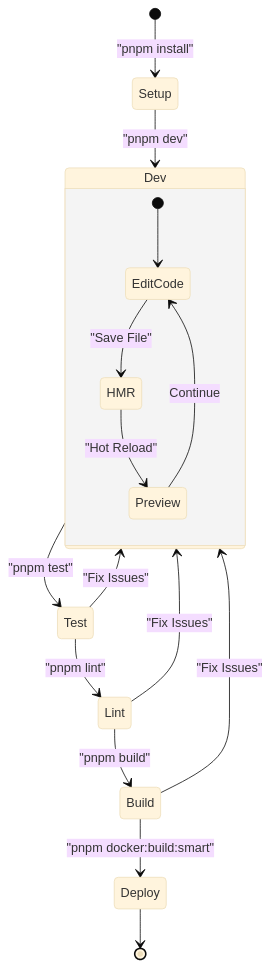
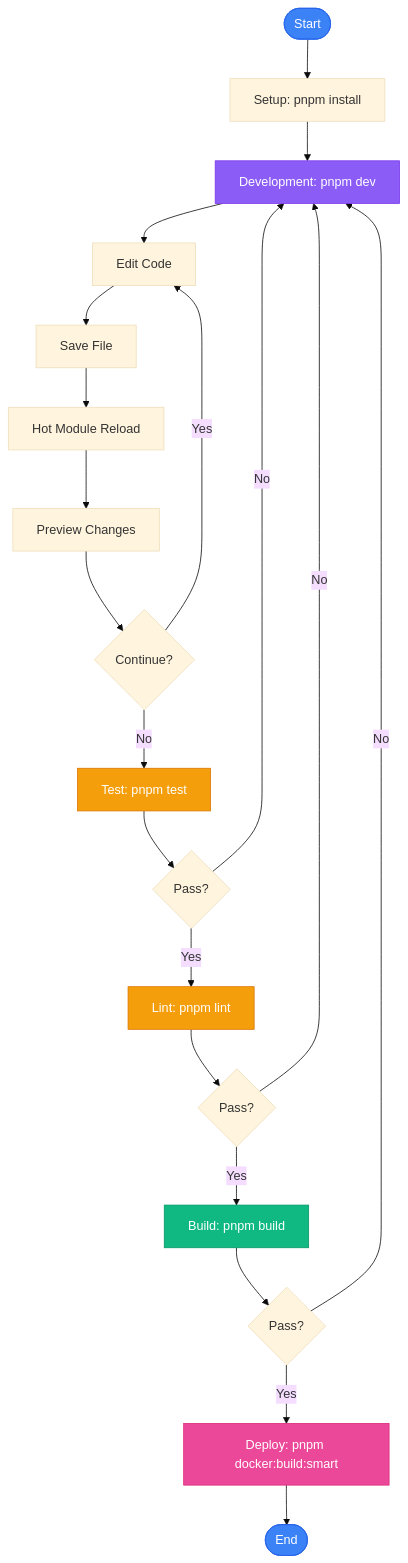
The fourth of 5 diagrams in README.md (tian972k/micro-fontend-base), drawn with Mermaid (base theme) before and after one commit. The commit also changed other lines of this file and 3 other files, not shown here.

First line of the commit message:
docs: add Mermaid diagram style guide with standard color palette

````diff
--- a/README.md
+++ b/README.md
@@ -220,22 +216,35 @@
 ```mermaid
-stateDiagram-v2
-    [*] --> Setup: "pnpm install"
-    Setup --> Dev: "pnpm dev"
+flowchart TB
+    Start([Start]) --> Setup[Setup: pnpm install]
+    Setup --> Dev[Development: pnpm dev]
 
-    state Dev {
-        [*] --> EditCode
-        EditCode --> HMR: "Save File"
-        HMR --> Preview: "Hot Reload"
-        Preview --> EditCode: Continue
-    }
+    Dev --> EditCode[Edit Code]
+    EditCode --> Save[Save File]
+    Save --> HMR[Hot Module Reload]
+    HMR --> Preview[Preview Changes]
+    Preview --> Continue{Continue?}
+    Continue -->|Yes| EditCode
+    Continue -->|No| Test
 
-    Dev --> Test: "pnpm test"
-    Test --> Lint: "pnpm lint"
-    Lint --> Build: "pnpm build"
-    Build --> Deploy: "pnpm docker:build:smart"
-    Deploy --> [*]
+    Test[Test: pnpm test] --> TestPass{Pass?}
+    TestPass -->|No| Dev
+    TestPass -->|Yes| Lint[Lint: pnpm lint]
 
-    Test --> Dev: "Fix Issues"
-    Lint --> Dev: "Fix Issues"
-    Build --> Dev: "Fix Issues"
+    Lint --> LintPass{Pass?}
+    LintPass -->|No| Dev
+    LintPass -->|Yes| Build[Build: pnpm build]
+
+    Build --> BuildPass{Pass?}
+    BuildPass -->|No| Dev
+    BuildPass -->|Yes| Deploy[Deploy: pnpm docker:build:smart]
+
+    Deploy --> End([End])
+
+    style Start fill:#3b82f6,stroke:#2563eb,color:#fff
+    style Dev fill:#8b5cf6,stroke:#7c3aed,color:#fff
+    style Test fill:#f59e0b,stroke:#d97706,color:#fff
+    style Lint fill:#f59e0b,stroke:#d97706,color:#fff
+    style Build fill:#10b981,stroke:#059669,color:#fff
+    style Deploy fill:#ec4899,stroke:#db2777,color:#fff
+    style End fill:#3b82f6,stroke:#2563eb,color:#fff
 ```
````
